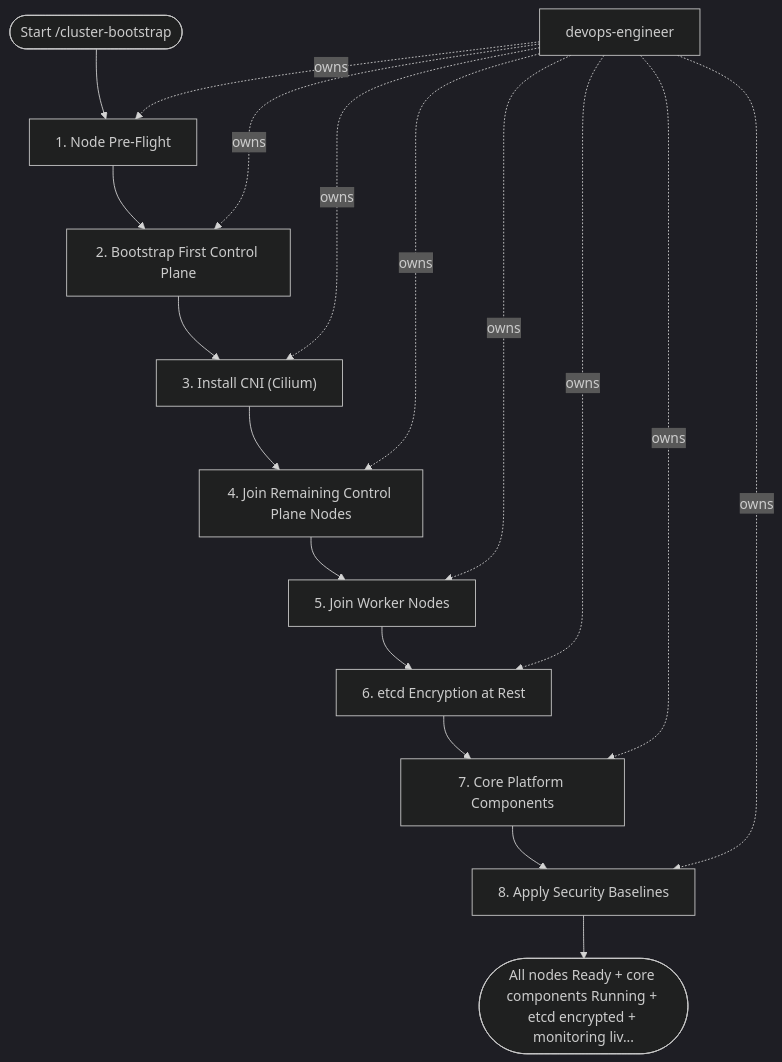
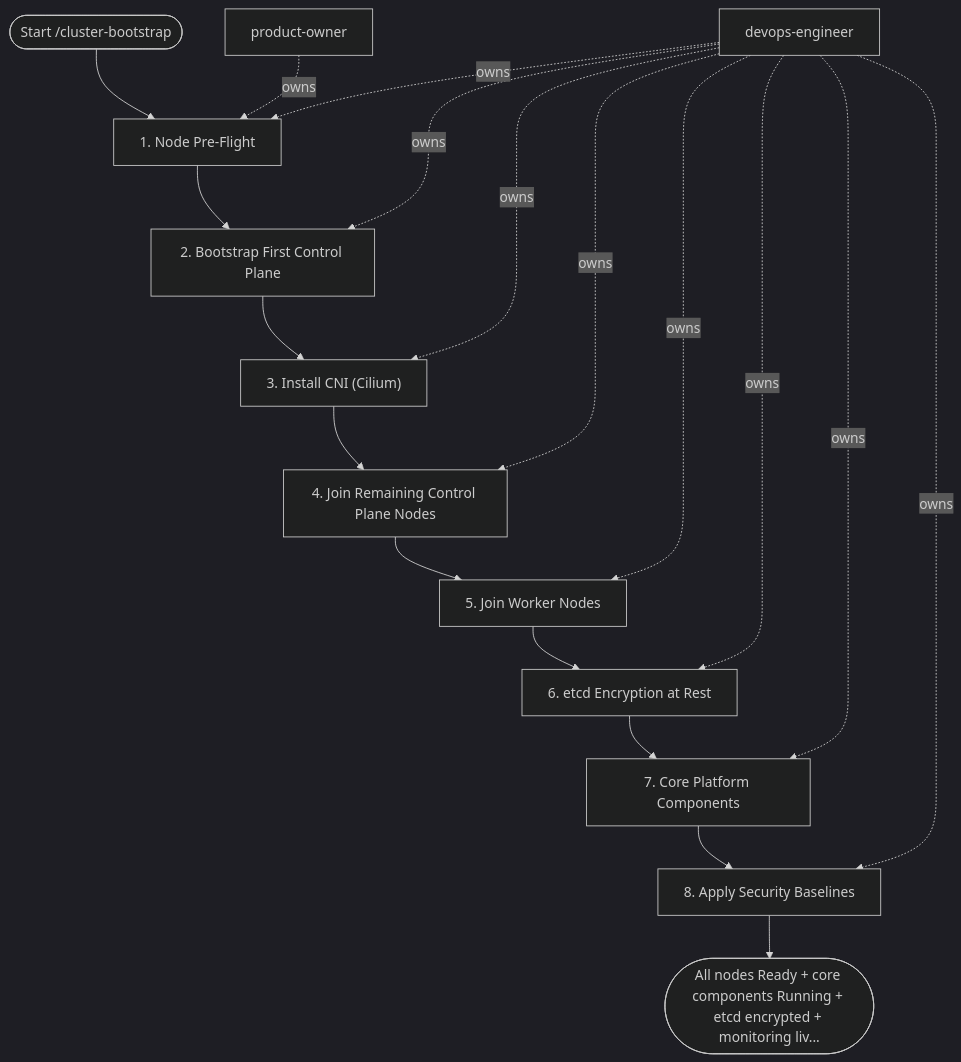
One commit to sawrus/agent-guides changed the diagram in areas/devops/kubernetes/workflows/cluster-bootstrap.md. Above: the diagram before and after it, drawn with Mermaid (dark theme). The commit also changed other lines of this file and 76 other files, not shown here.

Commit message:
Standardize workflow product owner initiation

````diff
--- a/areas/devops/kubernetes/workflows/cluster-bootstrap.md
+++ b/areas/devops/kubernetes/workflows/cluster-bootstrap.md
@@ -196,31 +196,33 @@
 ```mermaid
 flowchart TD
   start(["Start /cluster-bootstrap"])
-  role_1["devops-engineer"]
+  role_1["product-owner"]
+  role_2["devops-engineer"]
   step_1["1. Node Pre-Flight"]
   step_2["2. Bootstrap First Control Plane"]
   step_3["3. Install CNI (Cilium)"]
   step_4["4. Join Remaining Control Plane Nodes"]
   step_5["5. Join Worker Nodes"]
   step_6["6. etcd Encryption at Rest"]
   step_7["7. Core Platform Components"]
   step_8["8. Apply Security Baselines"]
   exit(["All nodes Ready + core components Running + etcd encrypted + monitoring liv..."])
   start --> step_1
   step_1 --> step_2
   step_2 --> step_3
   step_3 --> step_4
   step_4 --> step_5
   step_5 --> step_6
   step_6 --> step_7
   step_7 --> step_8
   step_8 --> exit
   role_1 -. owns .-> step_1
-  role_1 -. owns .-> step_2
-  role_1 -. owns .-> step_3
-  role_1 -. owns .-> step_4
-  role_1 -. owns .-> step_5
-  role_1 -. owns .-> step_6
-  role_1 -. owns .-> step_7
-  role_1 -. owns .-> step_8
+  role_2 -. owns .-> step_1
+  role_2 -. owns .-> step_2
+  role_2 -. owns .-> step_3
+  role_2 -. owns .-> step_4
+  role_2 -. owns .-> step_5
+  role_2 -. owns .-> step_6
+  role_2 -. owns .-> step_7
+  role_2 -. owns .-> step_8
 ```
````
